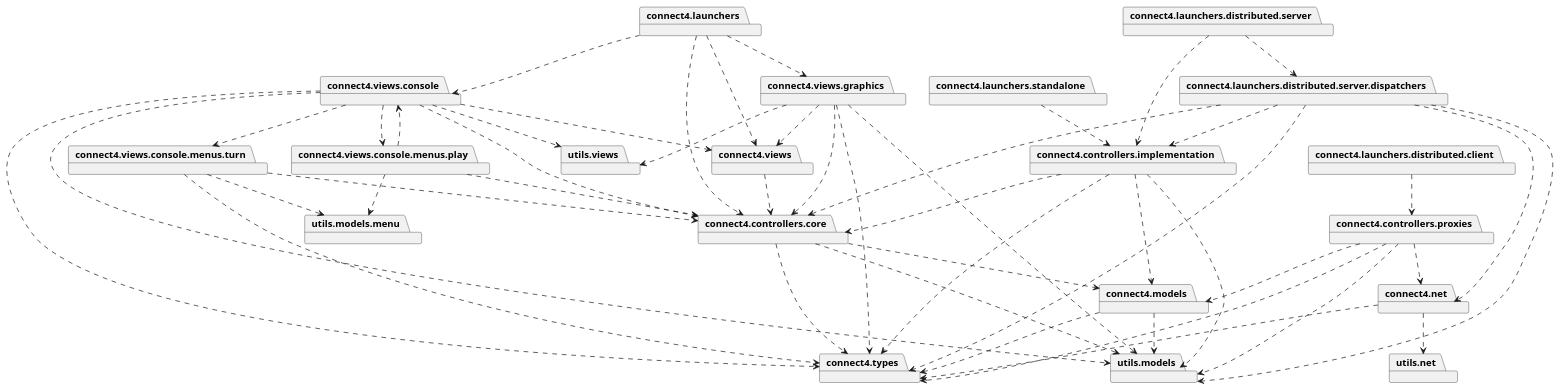
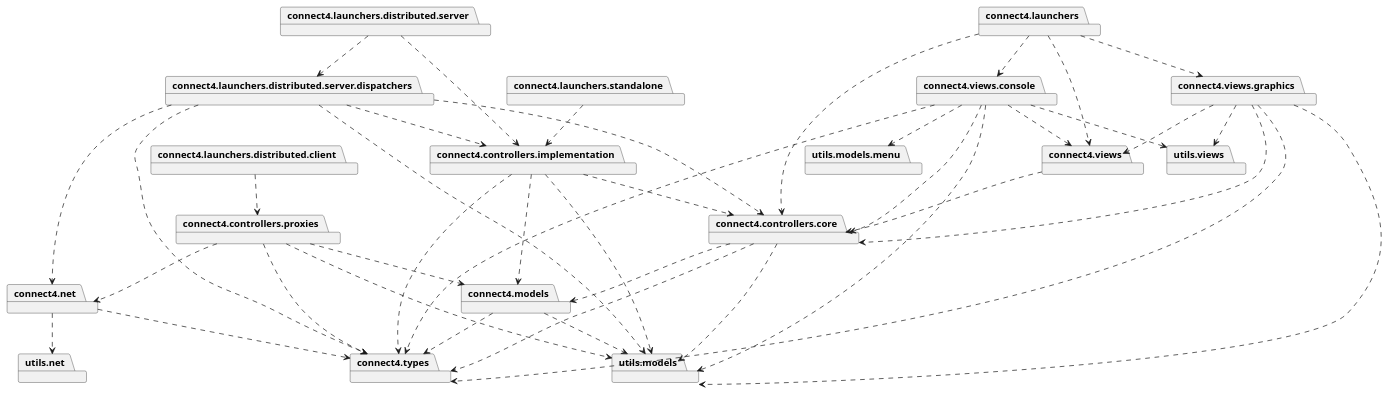
The diagram in connect4/Docs/diagrams/src/packages/packageDiagramDistributed.plantuml (js-rom/connect4), drawn with PlantUML before and after one commit. The commit also changed 1 other file, not shown here.

Commit message:
docs: add package diagram of console #7

```diff
--- a/connect4/Docs/diagrams/src/packages/packageDiagramDistributed.plantuml
+++ b/connect4/Docs/diagrams/src/packages/packageDiagramDistributed.plantuml
@@ -1,86 +1,77 @@
 @startuml
 
 package connect4.launchers
 package connect4.controllers.core
 package connect4.views
+package connect4.views.graphics
 package connect4.views.console
-package connect4.views.graphics
 
 connect4.launchers ..> connect4.controllers.core
 connect4.launchers ..> connect4.views
 connect4.launchers ..> connect4.views.console
 connect4.launchers ..> connect4.views.graphics
 
 package connect4.launchers.standalone
 package connect4.controllers.implementation
 connect4.launchers.standalone ..> connect4.controllers.implementation
 
 package connect4.launchers.distributed.client
 package connect4.controllers.proxies
 connect4.launchers.distributed.client ..> connect4.controllers.proxies
 
 package connect4.launchers.distributed.server
 package connect4.launchers.distributed.server.dispatchers
 connect4.launchers.distributed.server ..> connect4.launchers.distributed.server.dispatchers
 connect4.launchers.distributed.server ..> connect4.controllers.implementation
 package connect4.types
 package utils.models
 package connect4.controllers.core
 connect4.launchers.distributed.server.dispatchers ..> connect4.controllers.implementation
 connect4.launchers.distributed.server.dispatchers ..> connect4.types
 connect4.launchers.distributed.server.dispatchers ..> utils.models
 connect4.launchers.distributed.server.dispatchers ..> connect4.controllers.core
 package connect4.net
 connect4.launchers.distributed.server.dispatchers ..> connect4.net
 
 package connect4.models
 connect4.models ..> connect4.types
 connect4.models ..> utils.models
 
 
 connect4.net ..> connect4.types
 package utils.net
 connect4.net ..> utils.net
 
 package connect4.controllers.core
 connect4.controllers.core ..> connect4.types
 connect4.controllers.core ..> connect4.models
 connect4.controllers.core ..> utils.models
 
 connect4.controllers.implementation ..> connect4.controllers.core
 connect4.controllers.implementation ..> connect4.models
 connect4.controllers.implementation ..> connect4.types
 connect4.controllers.implementation ..> utils.models
 
 connect4.controllers.proxies ..> connect4.types
 connect4.controllers.proxies ..> connect4.net
 connect4.controllers.proxies ..> utils.models
 connect4.controllers.proxies ..> connect4.models
 
 connect4.views ..> connect4.controllers.core
 connect4.views.console ..> connect4.controllers.core
 connect4.views.console ..> connect4.views
-connect4.views.console ..> utils.models
 package utils.views
 connect4.views.console ..> utils.views
 connect4.views.console ..> connect4.types
-package connect4.views.console.menus.play
-package connect4.views.console.menus.turn
-connect4.views.console ..> connect4.views.console.menus.play
-connect4.views.console ..> connect4.views.console.menus.turn
-connect4.views.console.menus.play ..> connect4.controllers.core
-connect4.views.console.menus.play ..> connect4.views.console
+connect4.views.console ..> utils.models
 package utils.models.menu
-connect4.views.console.menus.play ..> utils.models.menu
-connect4.views.console.menus.turn ..> connect4.controllers.core
-connect4.views.console.menus.turn ..> utils.models.menu
-connect4.views.console.menus.turn ..> connect4.types
+connect4.views.console ..> utils.models.menu
 
 connect4.views.graphics ..> connect4.controllers.core
 connect4.views.graphics ..> connect4.types
 connect4.views.graphics ..> utils.models
 connect4.views.graphics ..> connect4.views
 connect4.views.graphics ..> utils.views
 
 
 @enduml
```
